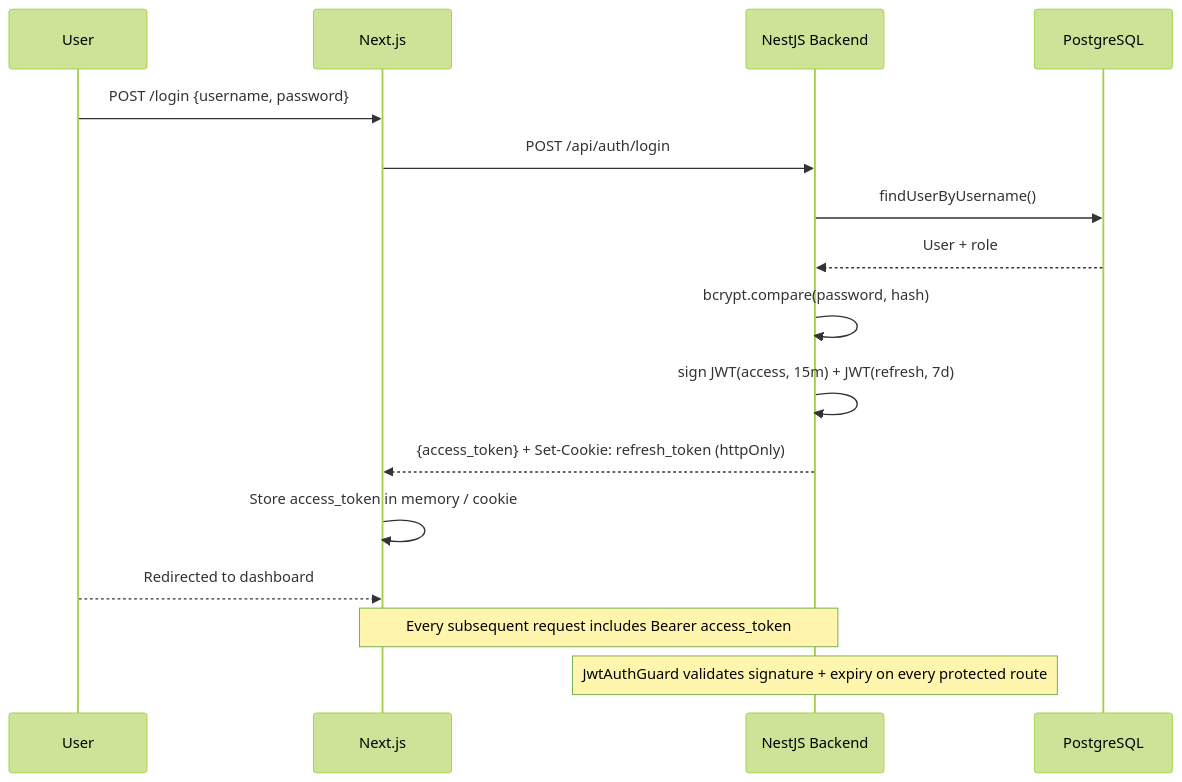
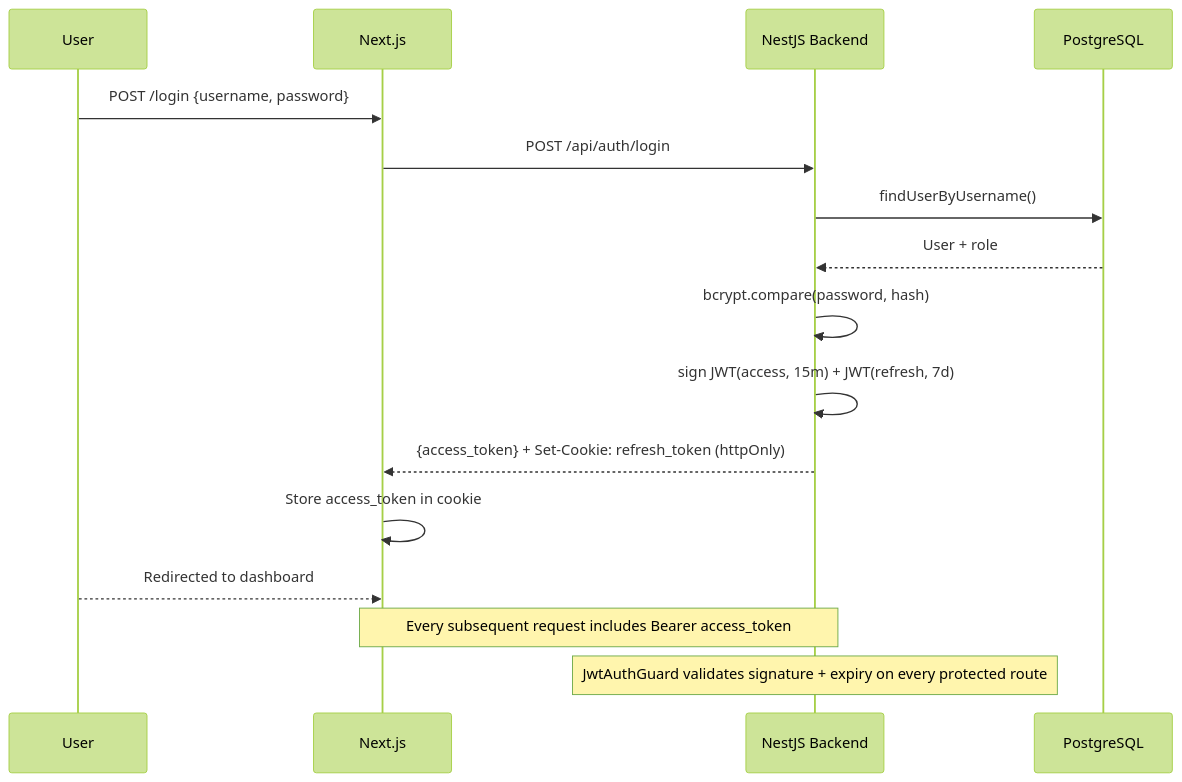
One commit to Yash-Jangid/GameX changed diagram 13 of 13 in README.md. Above: the diagram before and after it, drawn with Mermaid (forest theme). The commit also changed other lines of this file, not shown here.

````diff
--- a/README.md
+++ b/README.md
@@ -791,20 +828,20 @@
 ```mermaid
 sequenceDiagram
     participant U as User
     participant FE as Next.js
     participant BE as NestJS Backend
     participant DB as PostgreSQL
 
     U->>FE: POST /login {username, password}
     FE->>BE: POST /api/auth/login
     BE->>DB: findUserByUsername()
     DB-->>BE: User + role
     BE->>BE: bcrypt.compare(password, hash)
     BE->>BE: sign JWT(access, 15m) + JWT(refresh, 7d)
     BE-->>FE: {access_token} + Set-Cookie: refresh_token (httpOnly)
-    FE->>FE: Store access_token in memory / cookie
+    FE->>FE: Store access_token in cookie
     U-->>FE: Redirected to dashboard
 
     Note over FE,BE: Every subsequent request includes Bearer access_token
     Note over BE: JwtAuthGuard validates signature + expiry on every protected route
 ```
````
